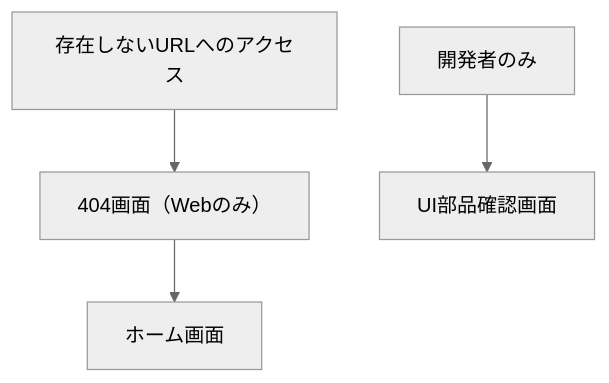
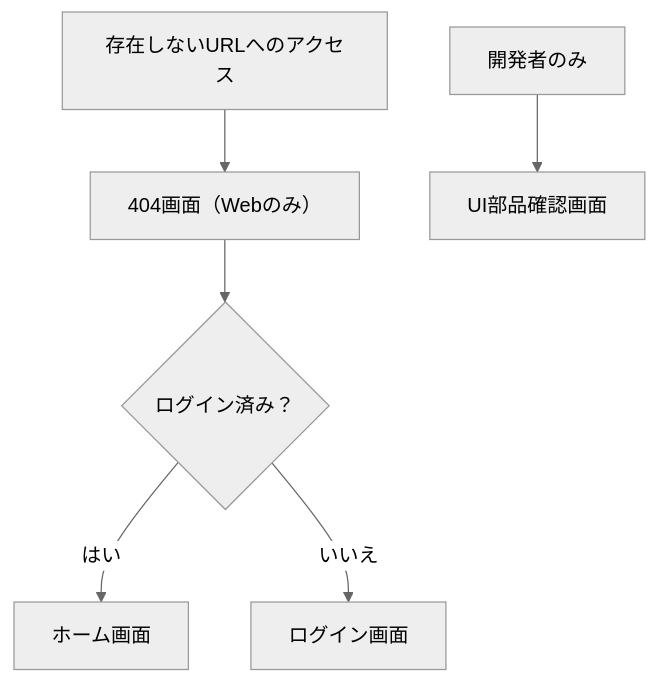
One commit to TKWebSE/expo-app-starter changed the second of 2 diagrams in docs/02-external-design/README.md. Above: the diagram before and after it, drawn with Mermaid (neutral theme). The commit also changed other lines of this file, not shown here.

````diff
--- a/docs/02-external-design/README.md
+++ b/docs/02-external-design/README.md
@@ -57,7 +51,8 @@
 ```mermaid
 flowchart TD
     Unknown["存在しないURLへのアクセス"] --> NotFound["404画面（Webのみ）"]
-    NotFound --> Home["ホーム画面"]
-
+    NotFound --> Destination{"ログイン済み？"}
+    Destination -->|はい| Home["ホーム画面"]
+    Destination -->|いいえ| Login["ログイン画面"]
     Developer["開発者のみ"] --> UI["UI部品確認画面"]
 ```
````
